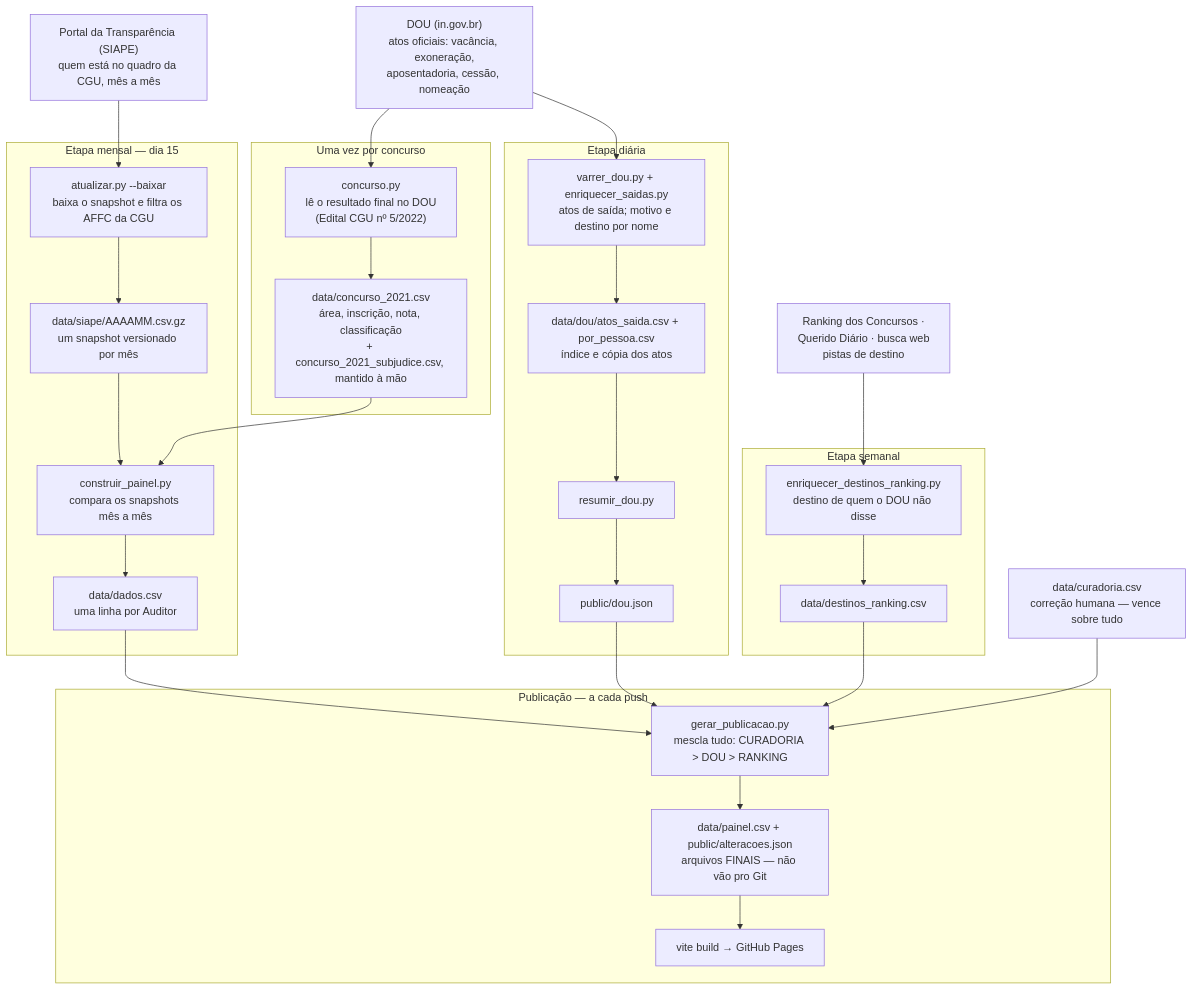
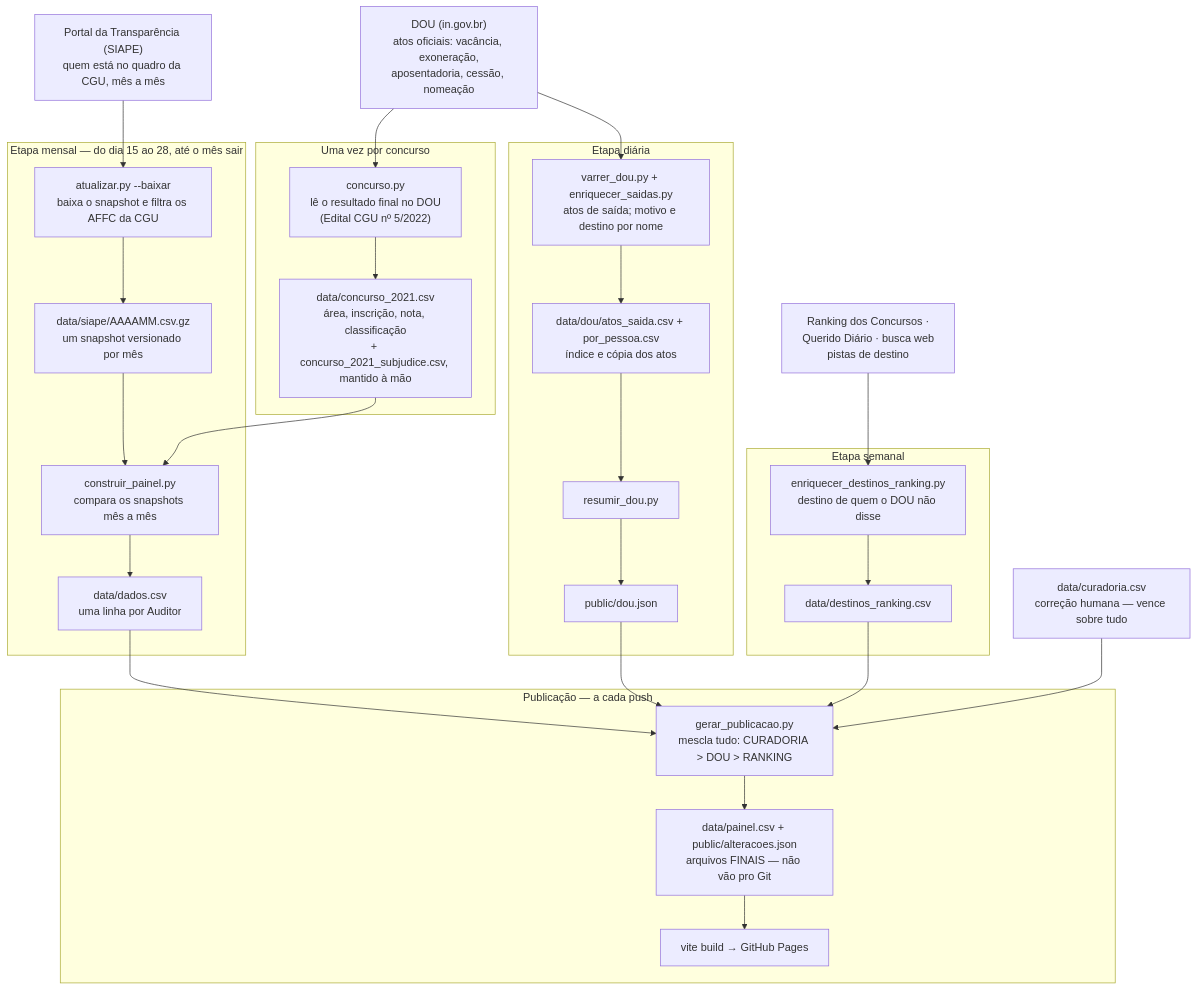
One commit to observatoriocgu/observatoriocgu.github.io changed the diagram in README.md. Above: the diagram before and after it, drawn with Mermaid. The commit also changed other lines of this file and 2 other files, not shown here.

First line of the commit message:
O SIAPE não tem dia certo: o cron insiste do dia 15 ao 28, e um dry-run decide em segundos

````diff
--- a/README.md
+++ b/README.md
@@ -21,52 +21,52 @@
 ```mermaid
 flowchart TD
     SIAPE["Portal da Transparência (SIAPE)<br/>quem está no quadro da CGU, mês a mês"]
     DOU["DOU (in.gov.br)<br/>atos oficiais: vacância, exoneração,<br/>aposentadoria, cessão, nomeação"]
     PISTAS["Ranking dos Concursos ·<br/>Querido Diário · busca web<br/>pistas de destino"]
     CUR["data/curadoria.csv<br/>correção humana — vence sobre tudo"]
 
     subgraph CONCURSO["Uma vez por concurso"]
         CONC["concurso.py<br/>lê o resultado final no DOU<br/>(Edital CGU nº 5/2022)"]
         CCSV["data/concurso_2021.csv<br/>área, inscrição, nota, classificação<br/>+ concurso_2021_subjudice.csv, mantido à mão"]
         CONC --> CCSV
     end
 
-    subgraph MENSAL["Etapa mensal — dia 15"]
+    subgraph MENSAL["Etapa mensal — do dia 15 ao 28, até o mês sair"]
         AT["atualizar.py --baixar<br/>baixa o snapshot e filtra os AFFC da CGU"]
         SNAP["data/siape/AAAAMM.csv.gz<br/>um snapshot versionado por mês"]
         CP["construir_painel.py<br/>compara os snapshots mês a mês"]
         DADOS["data/dados.csv<br/>uma linha por Auditor"]
         AT --> SNAP --> CP --> DADOS
     end
 
     subgraph DIARIA["Etapa diária"]
         VD["varrer_dou.py + enriquecer_saidas.py<br/>atos de saída; motivo e destino por nome"]
         IDX["data/dou/atos_saida.csv + por_pessoa.csv<br/>índice e cópia dos atos"]
         RD["resumir_dou.py"]
         DJ["public/dou.json"]
         VD --> IDX --> RD --> DJ
     end
 
     subgraph SEMANAL["Etapa semanal"]
         ER["enriquecer_destinos_ranking.py<br/>destino de quem o DOU não disse"]
         DR["data/destinos_ranking.csv"]
         ER --> DR
     end
 
     subgraph PUB["Publicação — a cada push"]
         GP["gerar_publicacao.py<br/>mescla tudo: CURADORIA &gt; DOU &gt; RANKING"]
         FIN["data/painel.csv + public/alteracoes.json<br/>arquivos FINAIS — não vão pro Git"]
         SITE["vite build → GitHub Pages"]
         GP --> FIN --> SITE
     end
 
     SIAPE --> AT
     DOU --> CONC
     CCSV --> CP
     DOU --> VD
     PISTAS --> ER
     DADOS --> GP
     DJ --> GP
     DR --> GP
     CUR --> GP
 ```
````
